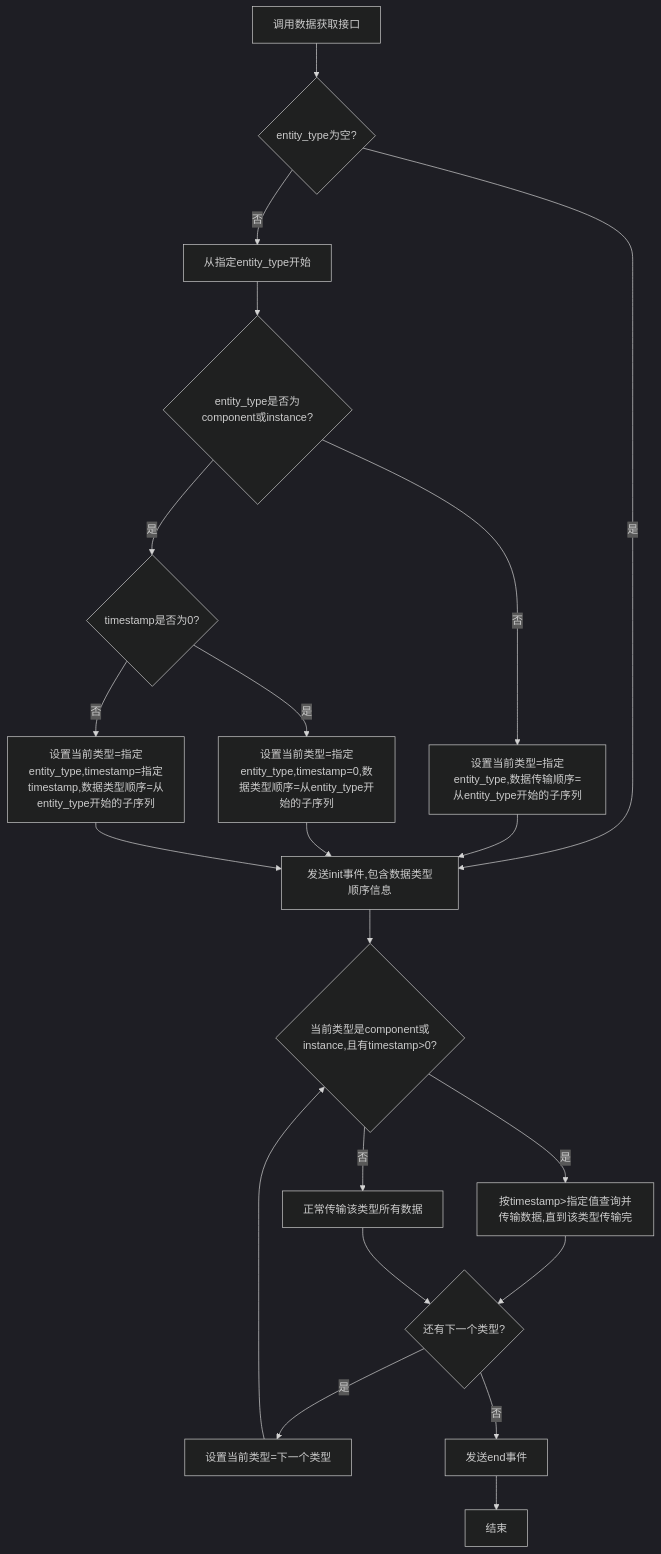
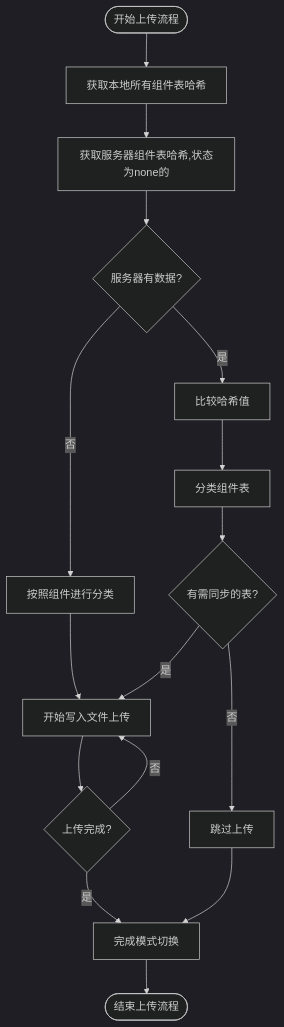
One commit to yingjianzh/iodraw-files changed the diagram in all/未命名-59.md. Above: the diagram before and after it, drawn with Mermaid (dark theme).

Commit message:
2025-05-14 15:49:56 update

````diff
--- a/all/未命名-59.md
+++ b/all/未命名-59.md
@@ -1,33 +1,32 @@
 ```mermaid
+
 flowchart TD
-    A[调用数据获取接口] --> B{entity_type为空?}
+    Start([开始上传流程]) --> CollectLocalHashes[获取本地所有组件表哈希]
+    CollectLocalHashes --> FetchServerHashes[获取服务器组件表哈希,状态为none的]
+    
+    FetchServerHashes --> ServerHasData{服务器有数据?}
+    
+    ServerHasData -->|是| CompareHashes[比较哈希值]
+    ServerHasData -->|否| ClassifyTables2[按照组件进行分类]
+    ClassifyTables2 --> StartBatching[开始写入文件上传]
+    
+    CompareHashes --> ClassifyTables[分类组件表]
+    ClassifyTables --> HasChanges{有需同步的表?}
+    
+    HasChanges -->|否| SkipUpload[跳过上传]
+    HasChanges -->|是| StartBatching
+    
+    StartBatching --> UploadComplete{上传完成?}
 
-    B -->|是| K[发送init事件,包含数据类型顺序信息]
-    B -->|否| D[从指定entity_type开始]
+
+    UploadComplete -->|是| FinalizeMode[完成模式切换]
+    UploadComplete -->|否| StartBatching
+
     
-    D --> F{entity_type是否为component或instance?}
     
-    F -->|否| G[设置当前类型=指定entity_type,数据传输顺序=从entity_type开始的子序列]
-    F -->|是| H{timestamp是否为0?}
+    FinalizeMode --> End([结束上传流程])
     
-    H -->|是| I[设置当前类型=指定entity_type,timestamp=0,数据类型顺序=从entity_type开始的子序列]
-    H -->|否| J[设置当前类型=指定entity_type,timestamp=指定timestamp,数据类型顺序=从entity_type开始的子序列]
-    
-    G --> K
-    I --> K
-    J --> K
-    
-   
-    K --> P{当前类型是component或instance,且有timestamp>0?}
-    P -->|是| Q[按timestamp>指定值查询并传输数据,直到该类型传输完]
-    P -->|否| R[正常传输该类型所有数据]
-    
-    Q --> T{还有下一个类型?}
-    R --> T
-    
-    T -->|是| U[设置当前类型=下一个类型]
-    T -->|否| V[发送end事件]
-    
-    U --> P
-    V --> W[结束]
+    SkipUpload --> FinalizeMode
+
+
 ```
````
